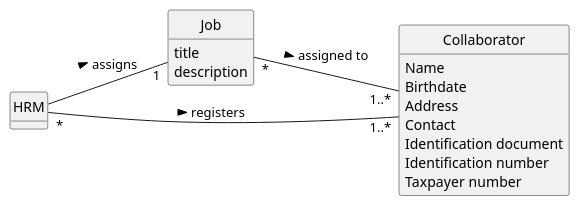
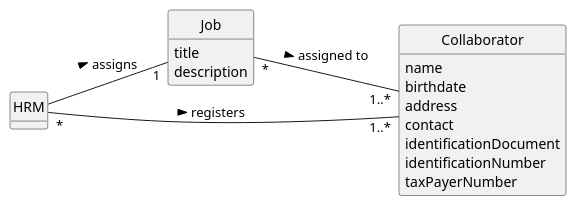
The diagram in docs/sprintA/us003/02.analysis/puml/us003-domain-model.puml (ricardomm7/leaflink), drawn with PlantUML before and after one commit. The commit also changed 3 other files, not shown here.

```diff
--- a/docs/sprintA/us003/02.analysis/puml/us003-domain-model.puml
+++ b/docs/sprintA/us003/02.analysis/puml/us003-domain-model.puml
@@ -1,38 +1,37 @@
 @startuml
 skinparam monochrome true
 skinparam packageStyle rectangle
 skinparam shadowing false
 
 left to right direction
 
 skinparam classAttributeIconSize 0
 
 hide circle
 hide methods
 
-'title Domain Model
 
 class HRM {
 }
 
 class Job {
     title
     description
 }
 
 class Collaborator {
-    Name
-    Birthdate
-    Address
-    Contact
-    Identification document
-    Identification number
-    Taxpayer number
+    name
+    birthdate
+    address
+    contact
+    identificationDocument
+    identificationNumber
+    taxPayerNumber
 }
 
 ' Relationships
 HRM "*" -- "1..*" Collaborator : registers >
 HRM -- "1" Job : assigns >
 Job "*" -- "1..*" Collaborator : assigned to >
 
 @enduml
```
